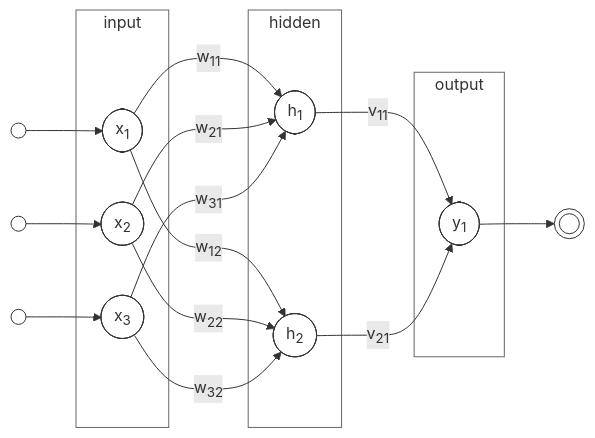
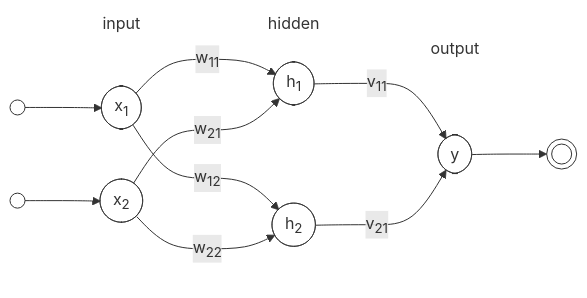
One commit to Insper/ann-dl changed the second of 2 diagrams in docs/ann/mlp.md. Above: the diagram before and after it, drawn with Mermaid. The commit also changed other lines of this file and 4 other files, not shown here.

Commit message:
mlp: formula and charts

````diff
--- a/docs/ann/mlp.md
+++ b/docs/ann/mlp.md
@@ -4,31 +105,32 @@
 ``` mermaid
 flowchart LR
-    classDef default fill:#fff,stroke:#333,stroke-width:1px;
+    classDef default fill:transparent,stroke:#333,stroke-width:1px;
+    classDef others fill:transparent,stroke:transparent,stroke-width:0px;
     subgraph input
         x1(["x<sub>1</sub>"])
         x2(["x<sub>2</sub>"])
-        x3(["x<sub>3</sub>"])
     end
     subgraph hidden
         h1(["h<sub>1</sub>"])
         h2(["h<sub>2</sub>"])
     end
     subgraph output
-        y1(["y<sub>1</sub>"])
+        y(["y"])
     end
     in1@{ shape: circle, label: " " } --> x1
     in2@{ shape: circle, label: " " } --> x2
-    in3@{ shape: circle, label: " " } --> x3
+
     x1 -->|"w<sub>11</sub>"|h1
     x1 -->|"w<sub>12</sub>"|h2
     x2 -->|"w<sub>21</sub>"|h1
     x2 -->|"w<sub>22</sub>"|h2
-    x3 -->|"w<sub>31</sub>"|h1
-    x3 -->|"w<sub>32</sub>"|h2
-    h1 -->|"v<sub>11</sub>"|y1
-    h2 -->|"v<sub>21</sub>"|y1
-    y1 --> out1@{ shape: dbl-circ, label: " " }
-    style input fill:#fff,stroke:#666,stroke-width:1px
-    style hidden fill:#fff,stroke:#666,stroke-width:1px
-    style output fill:#fff,stroke:#666,stroke-width:1px
+    
+    h1 -->|"v<sub>11</sub>"|y
+    h2 -->|"v<sub>21</sub>"|y
+
+    y --> out1@{ shape: dbl-circ, label: " " }
+
+    style input fill:#fff,stroke:#666,stroke-width:0px
+    style hidden fill:#fff,stroke:#666,stroke-width:0px
+    style output fill:#fff,stroke:#666,stroke-width:0px
 ```
````
